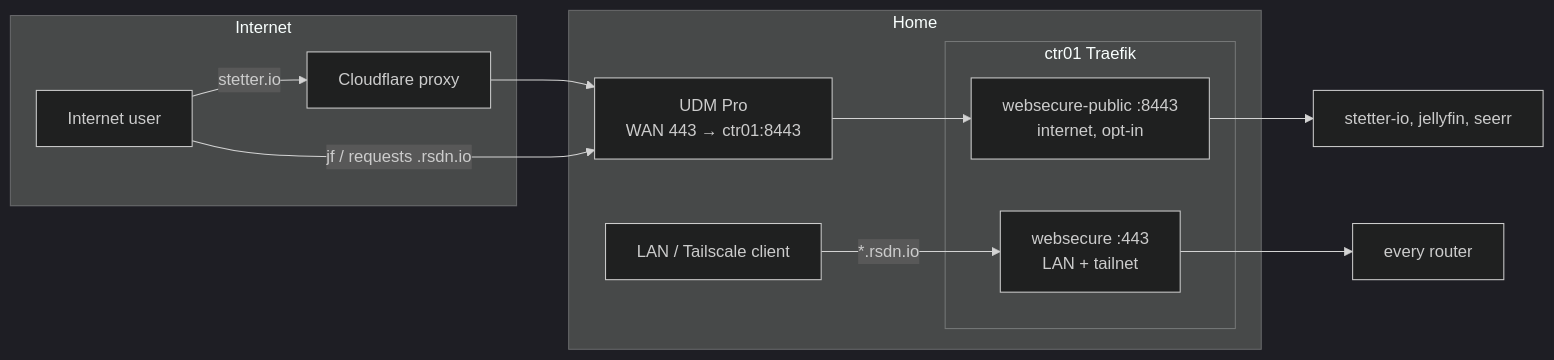
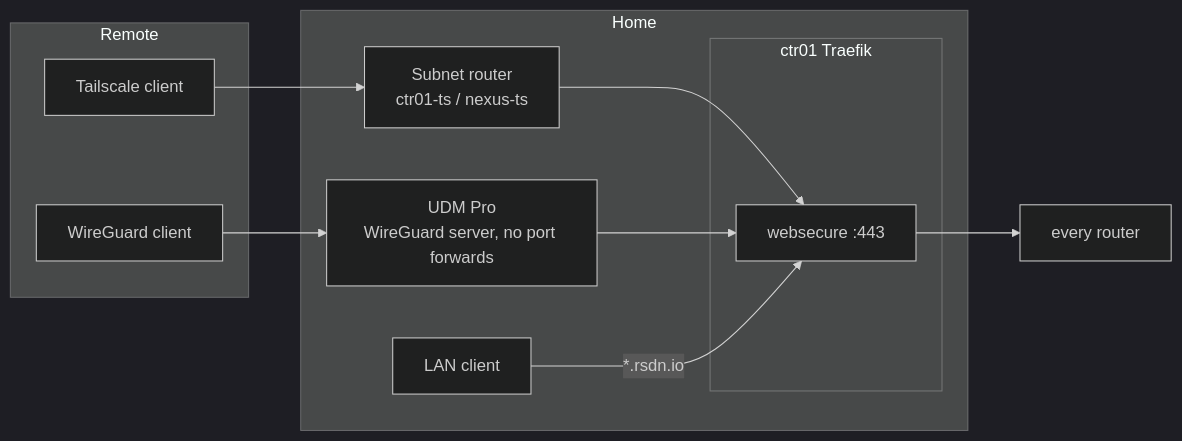
The diagram in docs/architecture/network.md (johnstetter/homelab-docs), drawn with Mermaid (dark theme) before and after one commit. The commit also changed other lines of this file and 4 other files, not shown here.

First line of the commit message:
docs: no public ingress; Tailscale with WireGuard as backup

````diff
--- a/docs/architecture/network.md
+++ b/docs/architecture/network.md
@@ -62,21 +62,19 @@
 ```mermaid
 graph LR
-    subgraph Internet
-        U[Internet user]
-        CF[Cloudflare proxy]
+    subgraph Remote
+        TS[Tailscale client]
+        WG[WireGuard client]
     end
     subgraph Home
-        UDM[UDM Pro<br/>WAN 443 → ctr01:8443]
+        LAN[LAN client]
+        UDM[UDM Pro<br/>WireGuard server, no port forwards]
+        SR[Subnet router<br/>ctr01-ts / nexus-ts]
         subgraph ctr01["ctr01 Traefik"]
-            WS[websecure :443<br/>LAN + tailnet]
-            WSP[websecure-public :8443<br/>internet, opt-in]
+            WS[websecure :443]
         end
-        LAN[LAN / Tailscale client]
     end
-    U -->|stetter.io| CF --> UDM
-    U -->|jf / requests .rsdn.io| UDM
-    UDM --> WSP
+    TS --> SR --> WS
+    WG --> UDM --> WS
     LAN -->|*.rsdn.io| WS
-    WSP --> PUB[stetter-io, jellyfin, seerr]
     WS --> ALL[every router]
 ```
````
